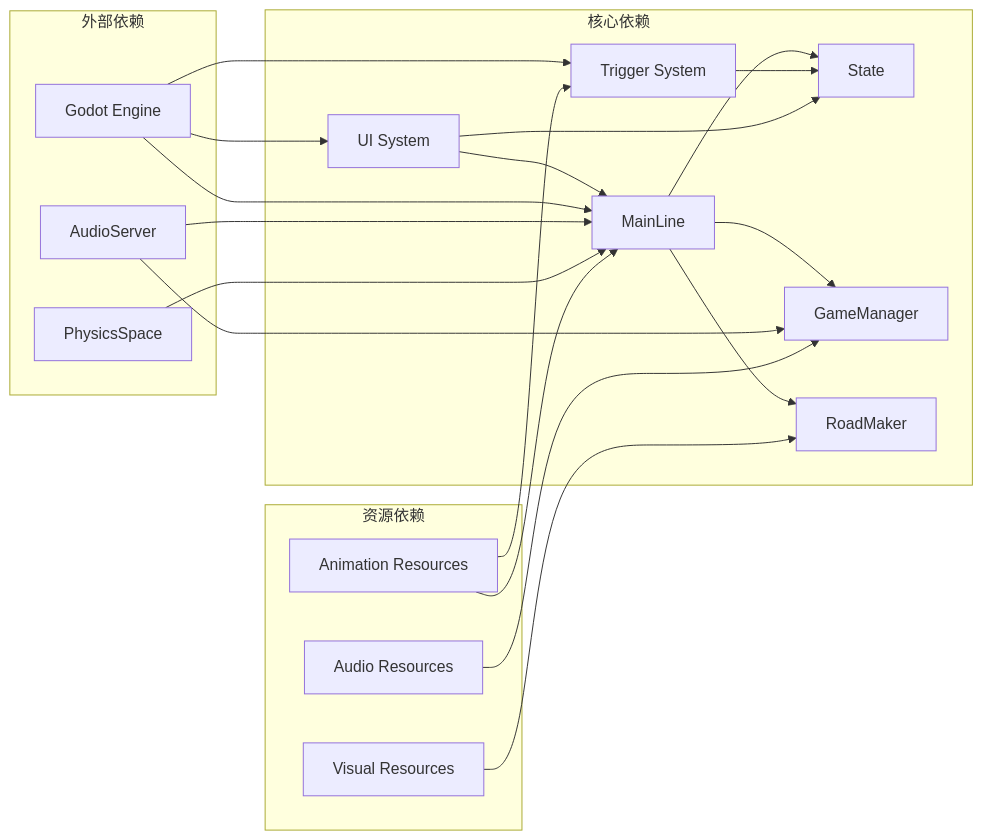
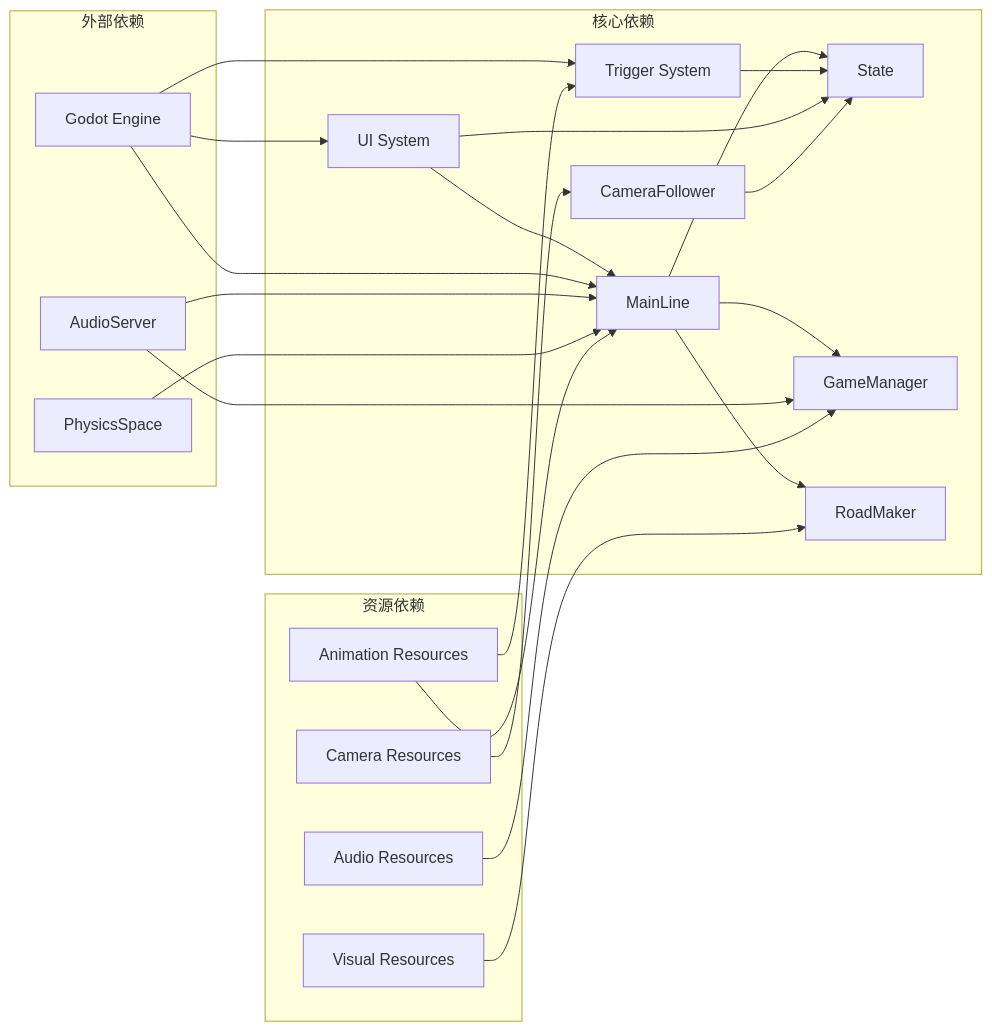
Before and after one commit to godotline/godot-line: diagram 13 of 14 in .qoder/repowiki/zh/content/API参考/核心类API/音频视觉同步系统.md, drawn with Mermaid. The commit also changed other lines of this file and 7 other files, not shown here.

````diff
--- a/.qoder/repowiki/zh/content/API参考/核心类API/音频视觉同步系统.md
+++ b/.qoder/repowiki/zh/content/API参考/核心类API/音频视觉同步系统.md
@@ -356,25 +551,27 @@
 ```mermaid
 graph LR
 subgraph "核心依赖"
 A[MainLine] --> B[State]
 A --> C[GameManager]
 A --> D[RoadMaker]
 E[Trigger System] --> B
 F[UI System] --> B
 F --> A
+G[CameraFollower] --> B
 end
 subgraph "外部依赖"
-G[Godot Engine] --> A
-G --> E
-G --> F
-H[AudioServer] --> C
-H --> A
-I[PhysicsSpace] --> A
+H[Godot Engine] --> A
+H --> E
+H --> F
+I[AudioServer] --> C
+I --> A
+J[PhysicsSpace] --> A
 end
 subgraph "资源依赖"
-J[Animation Resources] --> A
-J --> E
-K[Audio Resources] --> C
-L[Visual Resources] --> D
+K[Animation Resources] --> A
+K --> E
+L[Audio Resources] --> C
+M[Visual Resources] --> D
+N[Camera Resources] --> G
 end
 ```
````
